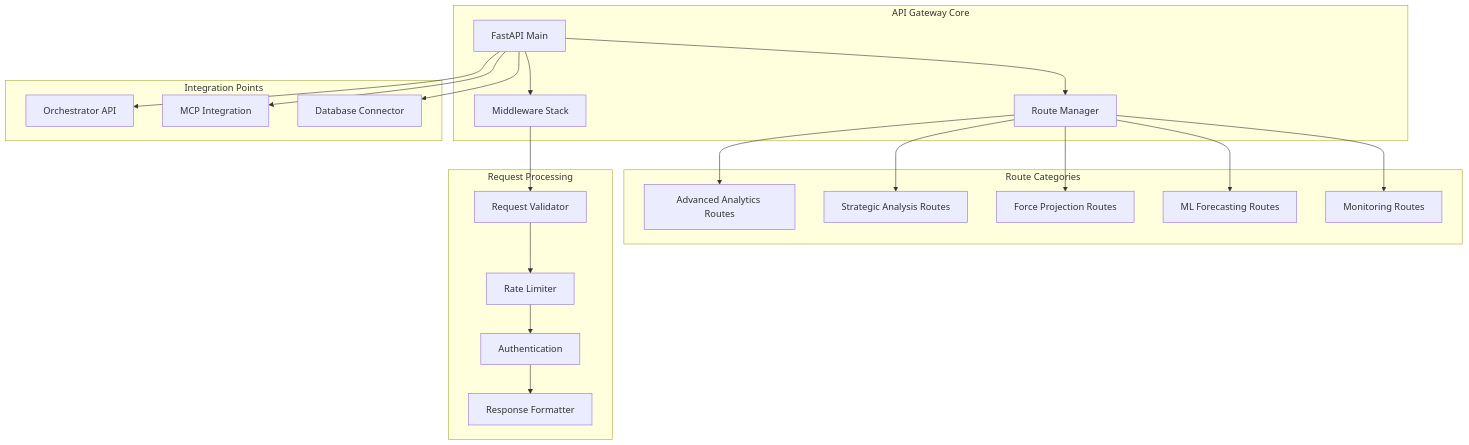
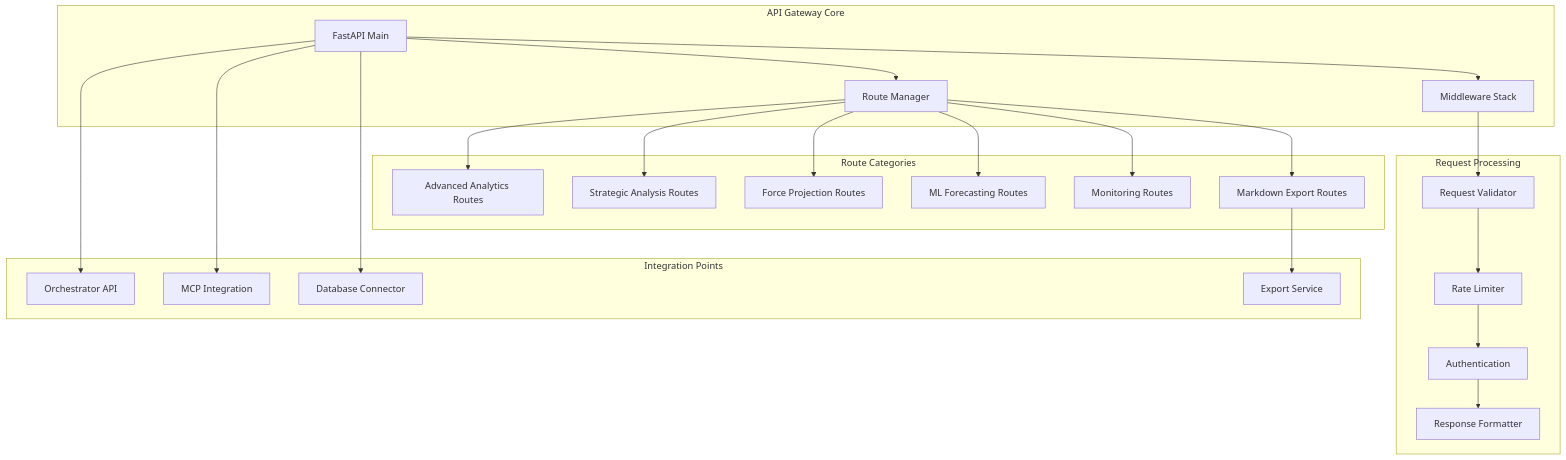
Before and after one commit to goagiq/DIA3: the seventh of 8 diagrams in README.md, drawn with Mermaid. The commit also changed other lines of this file, not shown here.

Commit message:
Update README.md with markdown export functionality documentation

````diff
--- a/README.md
+++ b/README.md
@@ -347,47 +349,51 @@
 ```mermaid
 graph TB
     subgraph "API Gateway Core"
         FastAPIMain[FastAPI Main]
         RouteManager[Route Manager]
         Middleware[Middleware Stack]
     end
     
     subgraph "Route Categories"
         AnalyticsRoutes[Advanced Analytics Routes]
         StrategicRoutes[Strategic Analysis Routes]
         ForceProjectionRoutes[Force Projection Routes]
         MLForecastingRoutes[ML Forecasting Routes]
         MonitoringRoutes[Monitoring Routes]
+        MarkdownExportRoutes[Markdown Export Routes]
     end
     
     subgraph "Request Processing"
         RequestValidator[Request Validator]
         RateLimiter[Rate Limiter]
         Authentication[Authentication]
         ResponseFormatter[Response Formatter]
     end
     
     subgraph "Integration Points"
         OrchestratorAPI[Orchestrator API]
         MCPIntegration[MCP Integration]
         DatabaseConnector[Database Connector]
+        ExportService[Export Service]
     end
     
     FastAPIMain --> RouteManager
     FastAPIMain --> Middleware
     
     RouteManager --> AnalyticsRoutes
     RouteManager --> StrategicRoutes
     RouteManager --> ForceProjectionRoutes
     RouteManager --> MLForecastingRoutes
     RouteManager --> MonitoringRoutes
+    RouteManager --> MarkdownExportRoutes
     
     Middleware --> RequestValidator
     RequestValidator --> RateLimiter
     RateLimiter --> Authentication
     Authentication --> ResponseFormatter
     
     FastAPIMain --> OrchestratorAPI
     FastAPIMain --> MCPIntegration
     FastAPIMain --> DatabaseConnector
+    MarkdownExportRoutes --> ExportService
 ```
````
